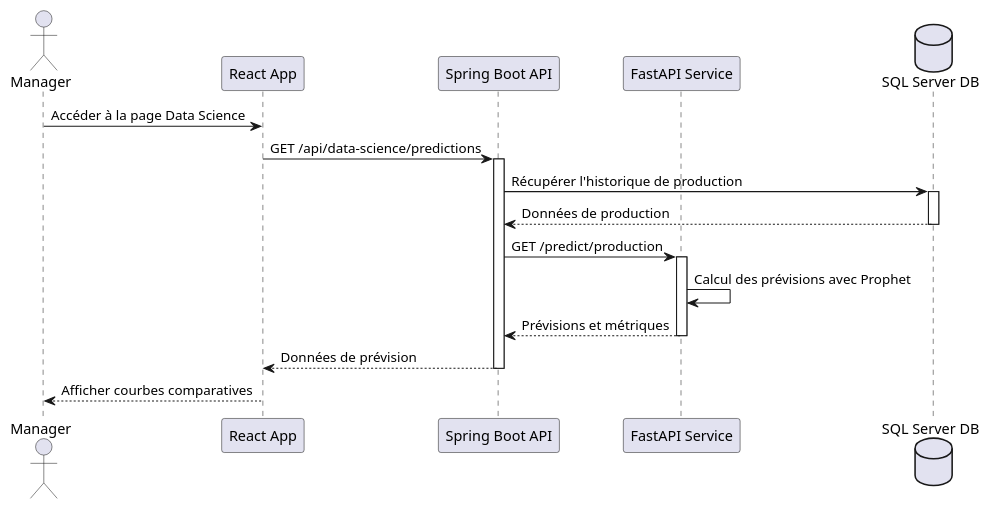
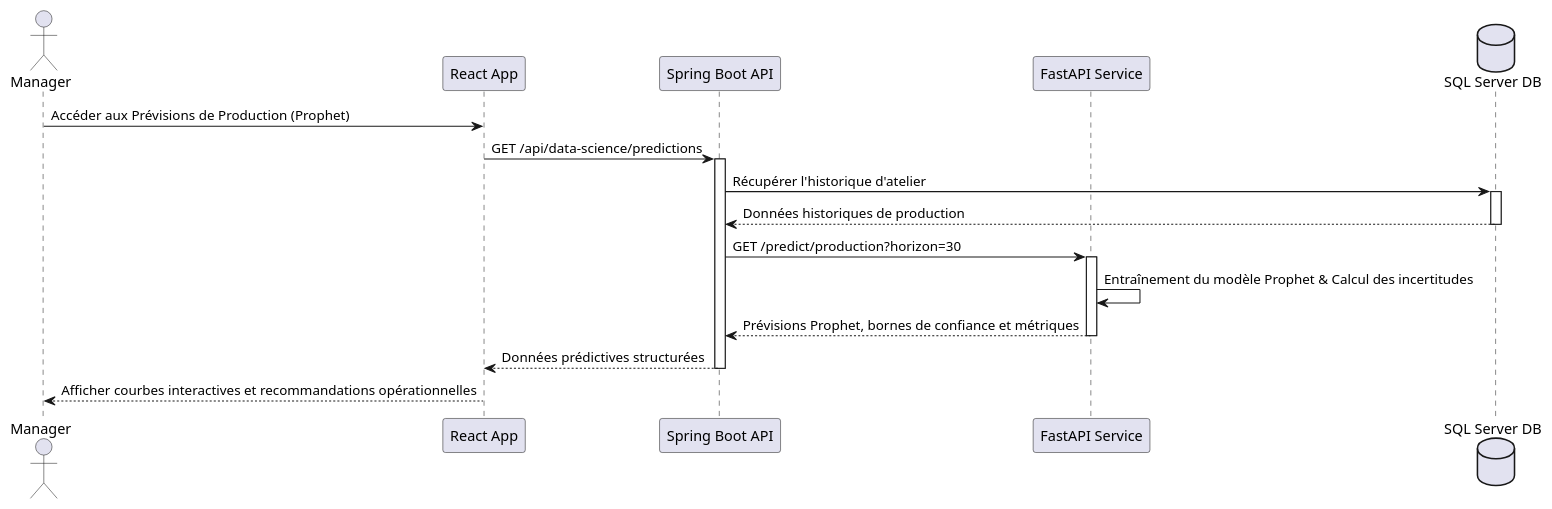
Before and after one commit to ayoubmek/PFE_data_science: the diagram in Rapport/diagrams/sprint4_seq.puml, drawn with PlantUML. The commit also changed 34 other files, not shown here.

Commit message:
feat: user management page & RBAC admin, report updates & production volume link

```diff
--- a/Rapport/diagrams/sprint4_seq.puml
+++ b/Rapport/diagrams/sprint4_seq.puml
@@ -1,28 +1,28 @@
 @startuml sprint4_seq
 actor "Manager" as MGR
 participant "React App" as React
 participant "Spring Boot API" as Spring
 participant "FastAPI Service" as FastAPI
 database "SQL Server DB" as DB
 
-MGR -> React : Accéder à la page Data Science
+MGR -> React : Accéder aux Prévisions de Production (Prophet)
 React -> Spring : GET /api/data-science/predictions
 activate Spring
 
-Spring -> DB : Récupérer l'historique de production
+Spring -> DB : Récupérer l'historique d'atelier
 activate DB
-DB --> Spring : Données de production
+DB --> Spring : Données historiques de production
 deactivate DB
 
-Spring -> FastAPI : GET /predict/production
+Spring -> FastAPI : GET /predict/production?horizon=30
 activate FastAPI
 
-FastAPI -> FastAPI : Calcul des prévisions avec Prophet
-FastAPI --> Spring : Prévisions et métriques
+FastAPI -> FastAPI : Entraînement du modèle Prophet & Calcul des incertitudes
+FastAPI --> Spring : Prévisions Prophet, bornes de confiance et métriques
 deactivate FastAPI
 
-Spring --> React : Données de prévision
+Spring --> React : Données prédictives structurées
 deactivate Spring
 
-React --> MGR : Afficher courbes comparatives
+React --> MGR : Afficher courbes interactives et recommandations opérationnelles
 @enduml
```
